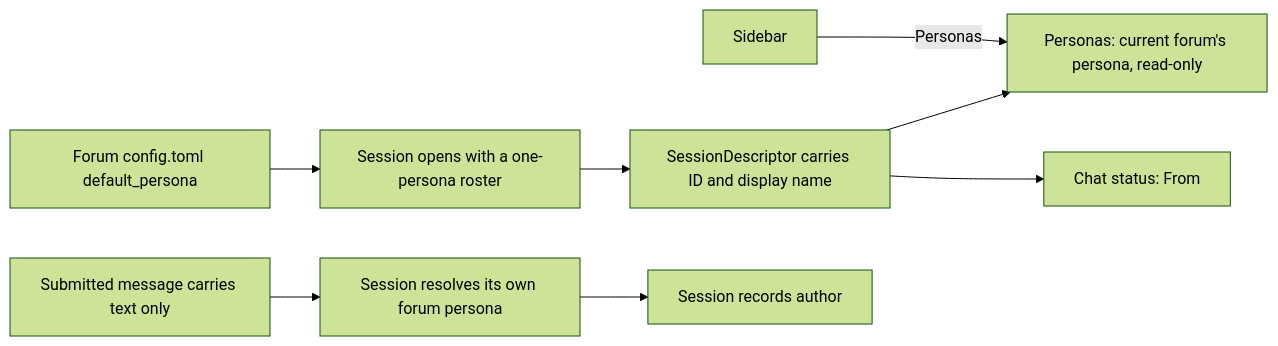
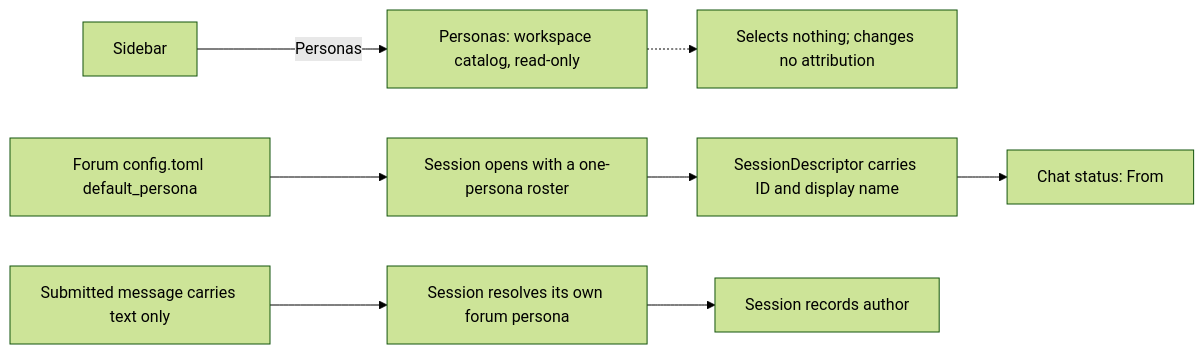
The fourth of 6 diagrams in docs/web-ui/flows.md (michaelpopov/cha), drawn with Mermaid (forest theme) before and after one commit. The commit also changed other lines of this file and 23 other files, not shown here.

````diff
--- a/docs/web-ui/flows.md
+++ b/docs/web-ui/flows.md
@@ -51,10 +61,10 @@
 ```mermaid
 flowchart LR
-    Sidebar["Sidebar"] -->|"Personas"| Personas["Personas: current forum's persona, read-only"]
+    Sidebar["Sidebar"] -->|"Personas"| Personas["Personas: workspace catalog, read-only"]
+    Personas -.-> Nothing["Selects nothing; changes no attribution"]
     Config["Forum config.toml default_persona"] --> Open["Session opens with a one-persona roster"]
     Open --> Descriptor["SessionDescriptor carries ID and display name"]
-    Descriptor --> Personas
     Descriptor --> Status["Chat status: From"]
     Submit["Submitted message carries text only"] --> Resolve["Session resolves its own forum persona"]
     Resolve --> Session["Session records author"]
 ```
````
